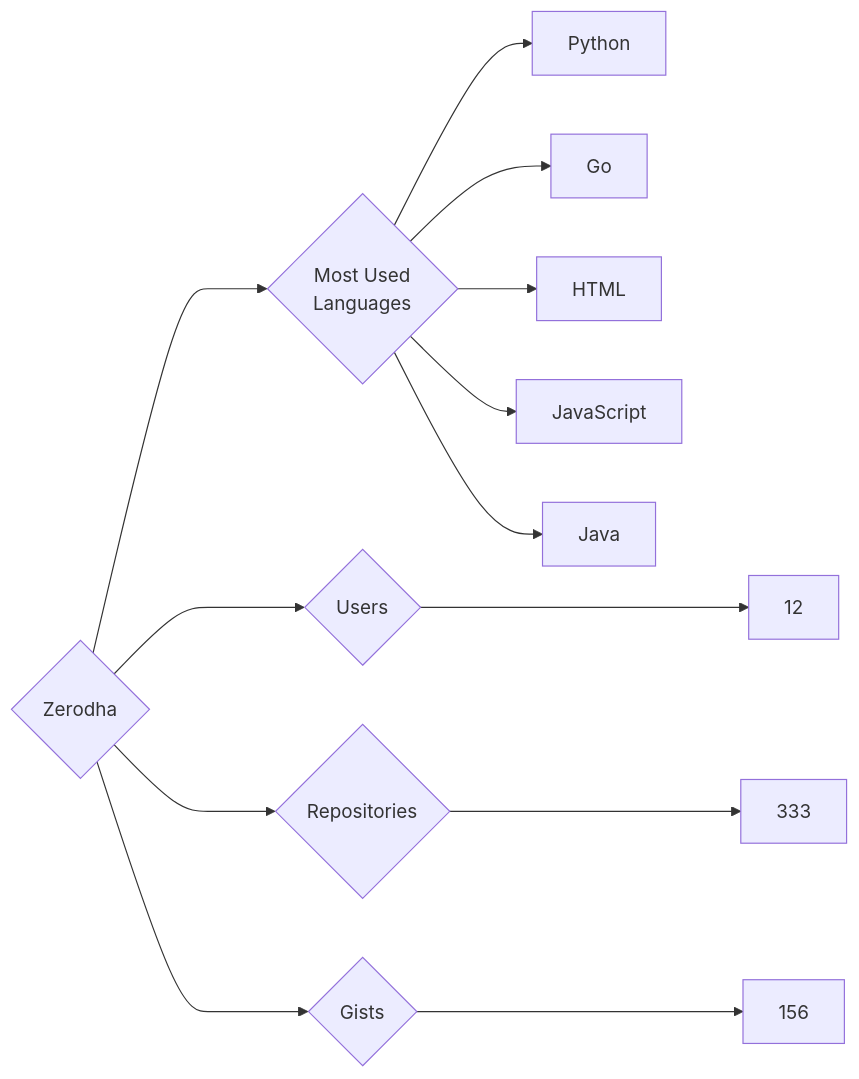
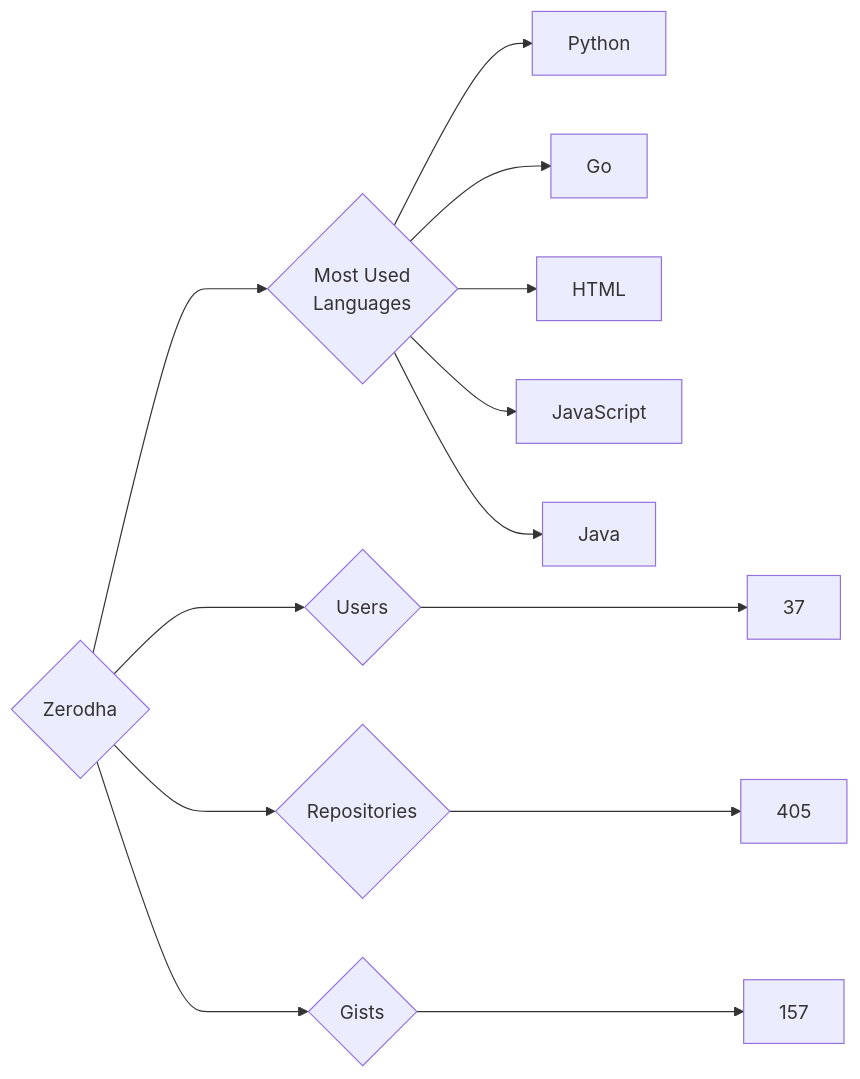
The diagram in targets/Zerodha/README.md (trickest/insiders), drawn with Mermaid before and after one commit. The commit also changed 1011 other files, not shown here.

````diff
--- a/targets/Zerodha/README.md
+++ b/targets/Zerodha/README.md
@@ -3,13 +3,13 @@
 ```mermaid
 graph LR
 COMPANY_NAME{Zerodha}
-COMPANY_NAME ---> U{Users} ---> UN[12]
-COMPANY_NAME ---> R{Repositories} ---> RN[333]
-COMPANY_NAME ---> G{Gists} ---> GN[156]
+COMPANY_NAME ---> U{Users} ---> UN[37]
+COMPANY_NAME ---> R{Repositories} ---> RN[405]
+COMPANY_NAME ---> G{Gists} ---> GN[157]
 COMPANY_NAME ---> ML{Most Used<br>Languages}
 ML --> Python[Python]
 ML --> Go[Go]
 ML --> HTML[HTML]
 ML --> JavaScript[JavaScript]
 ML --> Java[Java]
 ```
````
